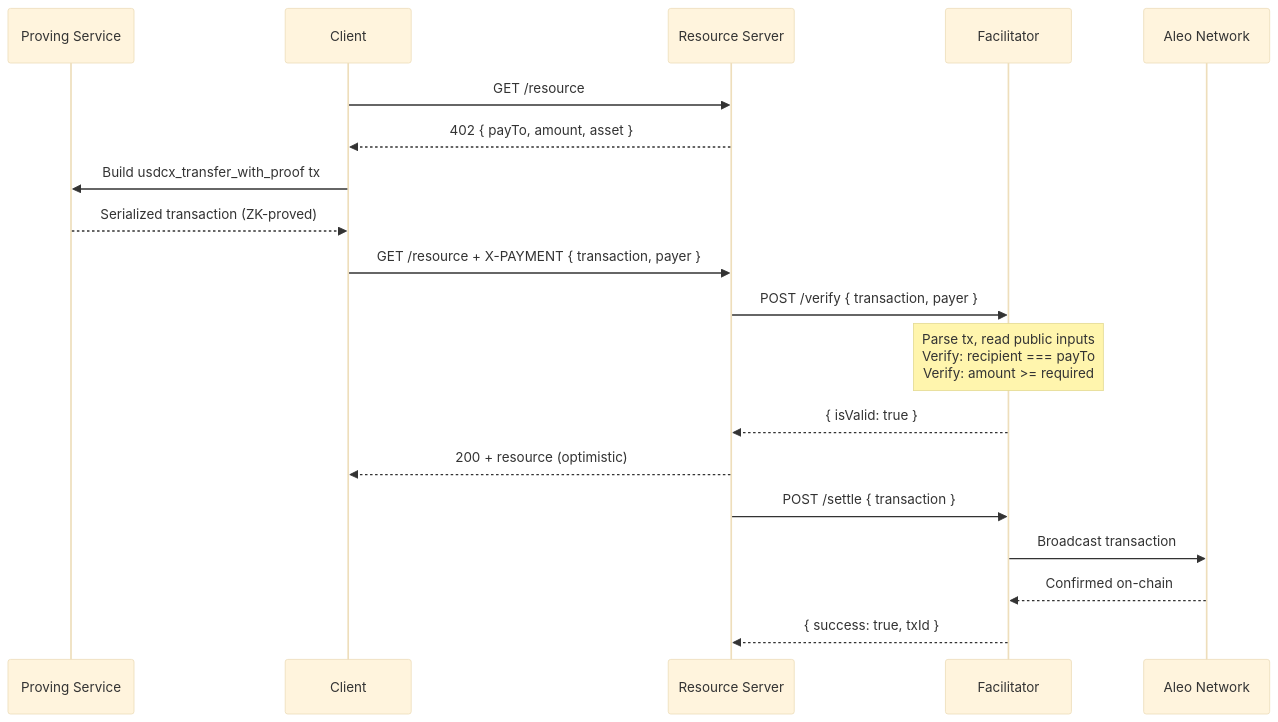
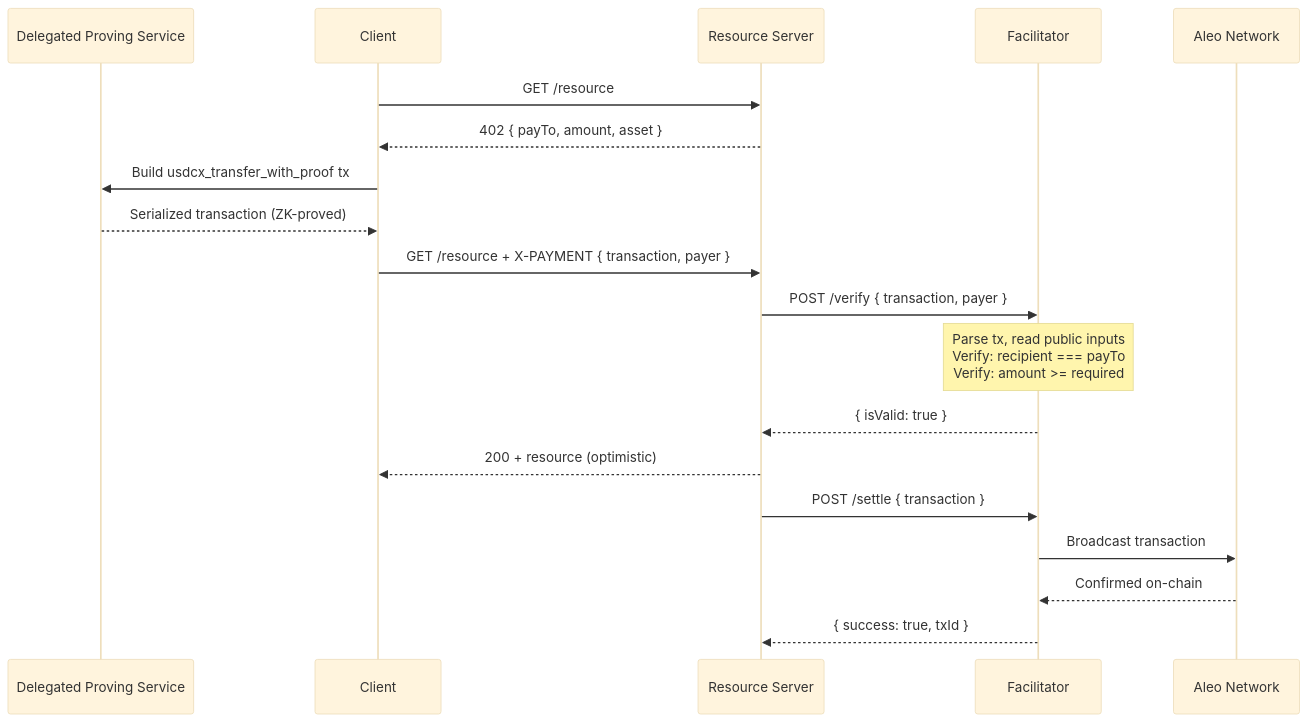
One commit to AleoAlexander/aleo-x402 changed the diagram in ARCHITECTURE.md. Above: the diagram before and after it, drawn with Mermaid (base theme).

Commit message:
Rename Proving Service to Delegated Proving Service in diagram

````diff
--- a/ARCHITECTURE.md
+++ b/ARCHITECTURE.md
@@ -56,27 +56,27 @@
 ```mermaid
 sequenceDiagram
-    participant P as Proving Service
+    participant P as Delegated Proving Service
     participant C as Client
     participant S as Resource Server
     participant F as Facilitator
     participant A as Aleo Network
 
     C->>S: GET /resource
     S-->>C: 402 { payTo, amount, asset }
 
     C->>P: Build usdcx_transfer_with_proof tx
     P-->>C: Serialized transaction (ZK-proved)
 
     C->>S: GET /resource + X-PAYMENT { transaction, payer }
     S->>F: POST /verify { transaction, payer }
 
     Note over F: Parse tx, read public inputs<br/>Verify: recipient === payTo<br/>Verify: amount >= required
 
     F-->>S: { isValid: true }
     S-->>C: 200 + resource (optimistic)
 
     S->>F: POST /settle { transaction }
     F->>A: Broadcast transaction
     A-->>F: Confirmed on-chain
     F-->>S: { success: true, txId }
 ```
````
